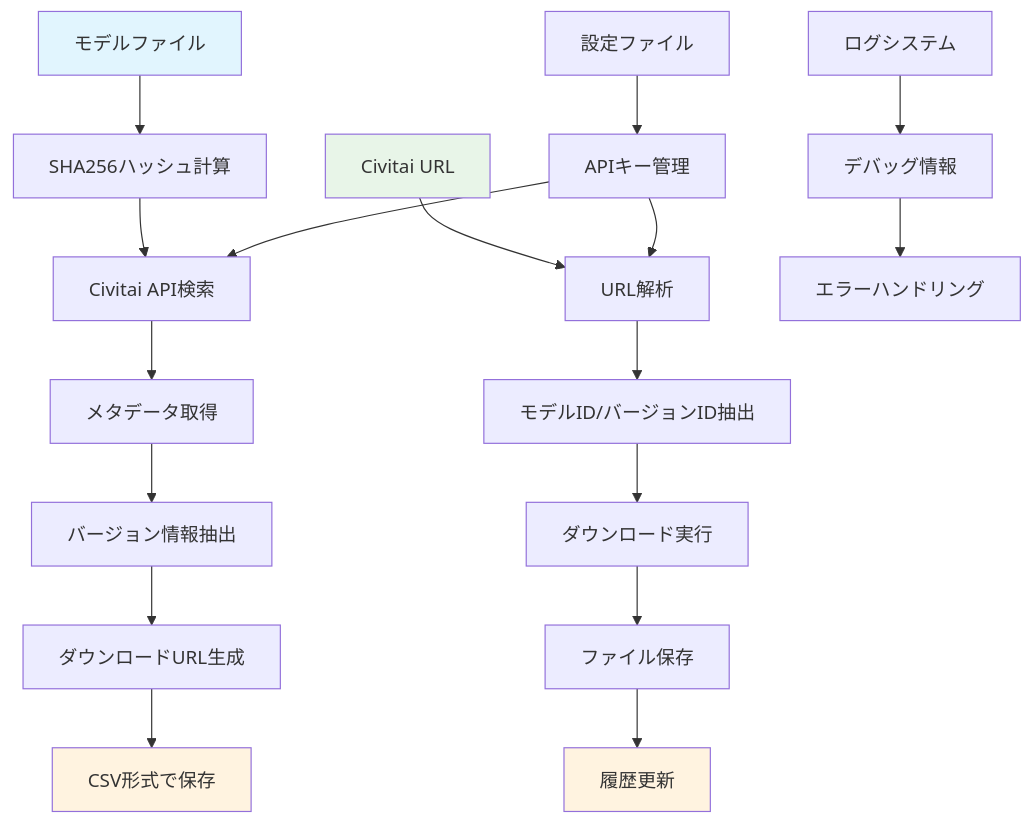
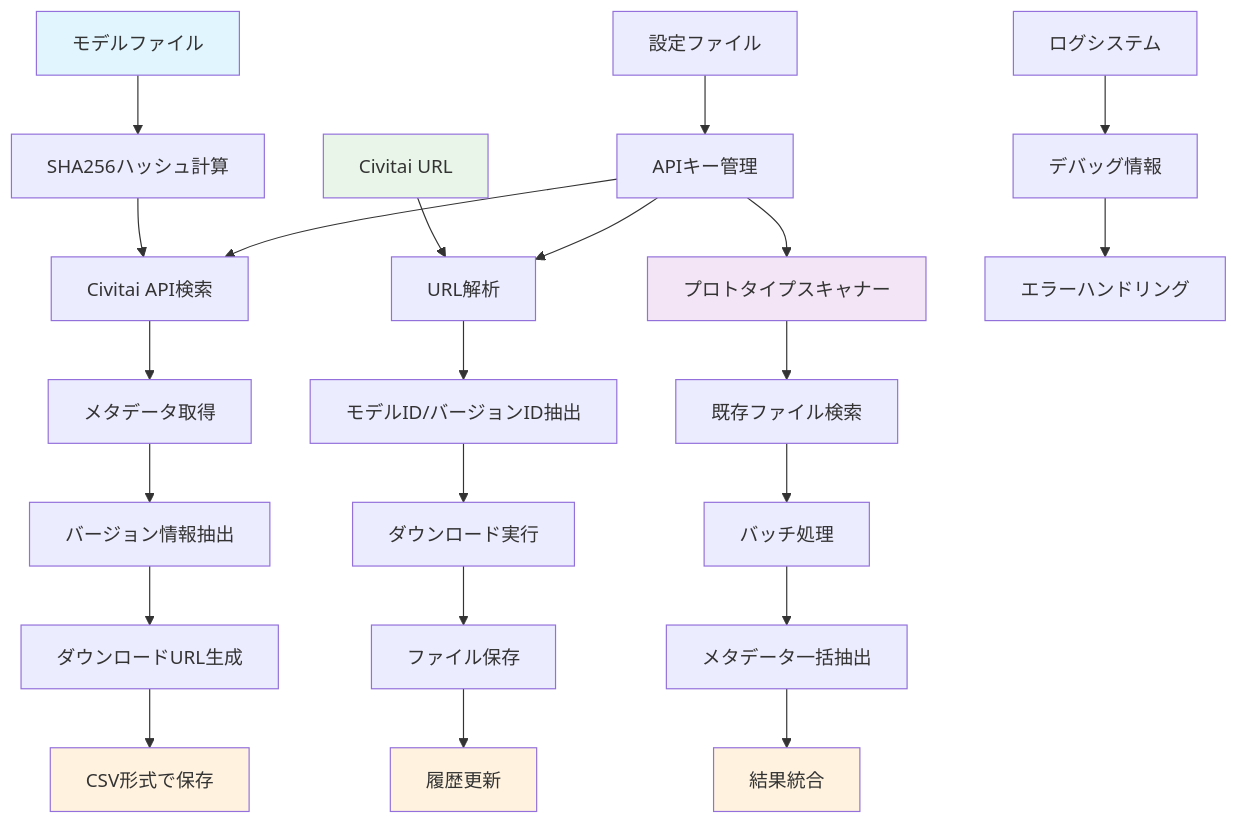
One commit to calico923/paperspace-civitiai-downloader changed the diagram in README.md. Above: the diagram before and after it, drawn with Mermaid. The commit also changed other lines of this file and 20 other files, not shown here.

````diff
--- a/README.md
+++ b/README.md
@@ -21,27 +26,35 @@
 ```mermaid
 graph TD
     A[モデルファイル] --> B[SHA256ハッシュ計算]
     B --> C[Civitai API検索]
     C --> D[メタデータ取得]
     D --> E[バージョン情報抽出]
     E --> F[ダウンロードURL生成]
     F --> G[CSV形式で保存]
     
     H[Civitai URL] --> I[URL解析]
     I --> J[モデルID/バージョンID抽出]
     J --> K[ダウンロード実行]
     K --> L[ファイル保存]
     L --> M[履歴更新]
     
-    N[設定ファイル] --> O[APIキー管理]
-    O --> C
-    O --> I
+    N[プロトタイプスキャナー] --> O[既存ファイル検索]
+    O --> P[バッチ処理]
+    P --> Q[メタデータ一括抽出]
+    Q --> R[結果統合]
     
-    P[ログシステム] --> Q[デバッグ情報]
-    Q --> R[エラーハンドリング]
+    S[設定ファイル] --> T[APIキー管理]
+    T --> C
+    T --> I
+    T --> N
+    
+    U[ログシステム] --> V[デバッグ情報]
+    V --> W[エラーハンドリング]
     
     style A fill:#e1f5fe
     style H fill:#e8f5e8
+    style N fill:#f3e5f5
     style G fill:#fff3e0
     style M fill:#fff3e0
+    style R fill:#fff3e0
 ```
````
